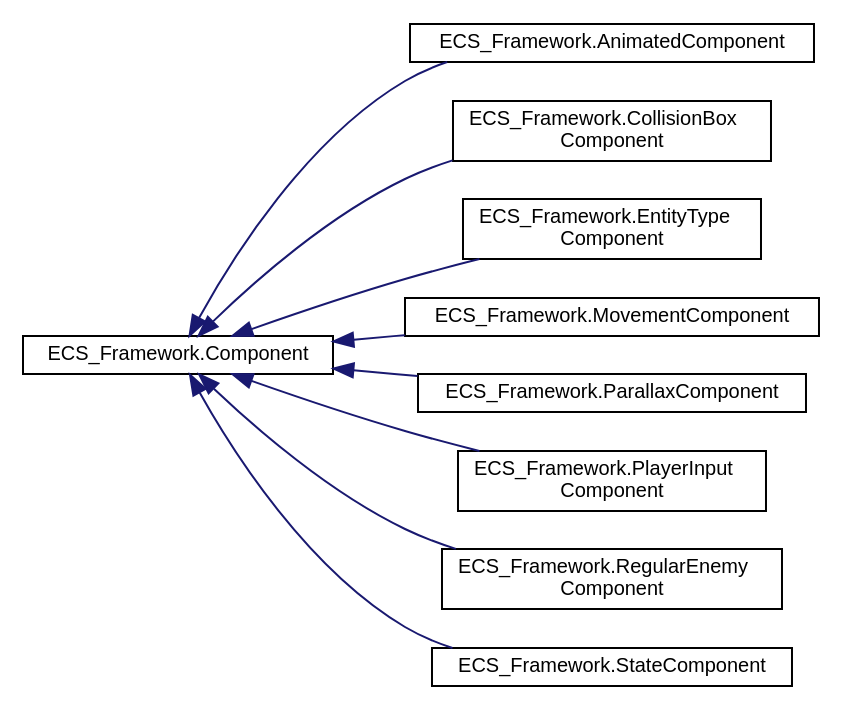
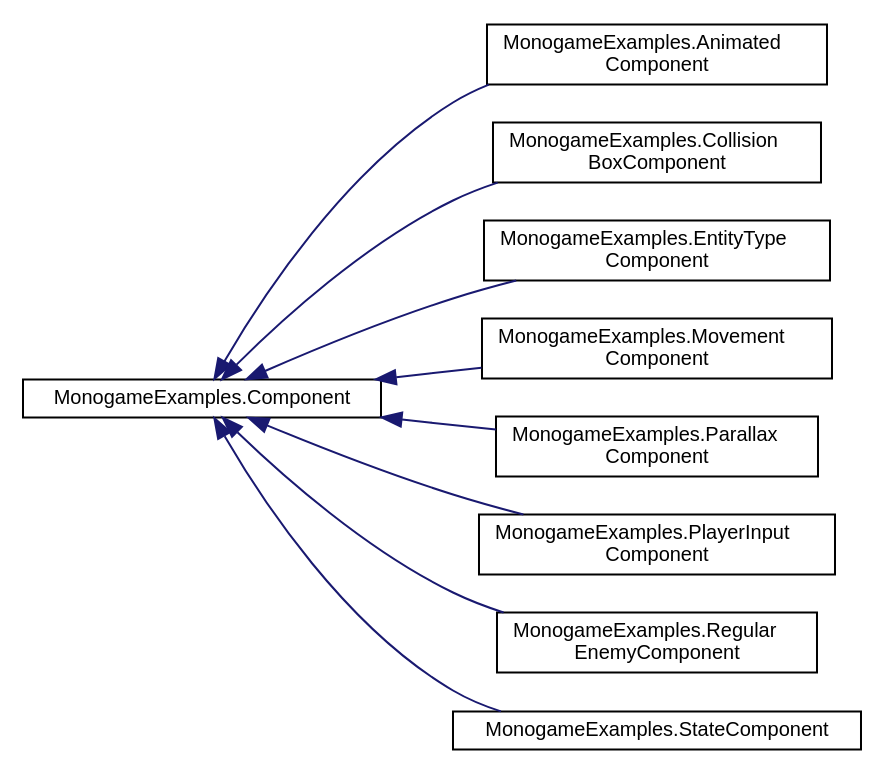
Before and after one commit to DreamyStranger/MonoGame-Platformer: the diagram in docs/inherit_graph_1.dot, drawn with Graphviz. The commit also changed 344 other files, not shown here.

```diff
--- a/docs/inherit_graph_1.dot
+++ b/docs/inherit_graph_1.dot
@@ -1,24 +1,24 @@
 digraph "Graphical Class Hierarchy"
 {
  // LATEX_PDF_SIZE
   edge [fontname="Helvetica",fontsize="10",labelfontname="Helvetica",labelfontsize="10"];
   node [fontname="Helvetica",fontsize="10",shape=record];
   rankdir="LR";
-  Node0 [label="ECS_Framework.Component",height=0.2,width=0.4,color="black", fillcolor="white", style="filled",URL="$classECS__Framework_1_1Component.html",tooltip="The base class for all components."];
+  Node0 [label="MonogameExamples.Component",height=0.2,width=0.4,color="black", fillcolor="white", style="filled",URL="$classMonogameExamples_1_1Component.html",tooltip="The base class for all components."];
   Node0 -> Node1 [dir="back",color="midnightblue",fontsize="10",style="solid",fontname="Helvetica"];
-  Node1 [label="ECS_Framework.AnimatedComponent",height=0.2,width=0.4,color="black", fillcolor="white", style="filled",URL="$classECS__Framework_1_1AnimatedComponent.html",tooltip="Component responsible for managing entity animations."];
+  Node1 [label="MonogameExamples.Animated\lComponent",height=0.2,width=0.4,color="black", fillcolor="white", style="filled",URL="$classMonogameExamples_1_1AnimatedComponent.html",tooltip="Component responsible for managing entity animations."];
   Node0 -> Node2 [dir="back",color="midnightblue",fontsize="10",style="solid",fontname="Helvetica"];
-  Node2 [label="ECS_Framework.CollisionBox\lComponent",height=0.2,width=0.4,color="black", fillcolor="white", style="filled",URL="$classECS__Framework_1_1CollisionBoxComponent.html",tooltip="Component that contains data and methods related to collision box of an entity in the game."];
+  Node2 [label="MonogameExamples.Collision\lBoxComponent",height=0.2,width=0.4,color="black", fillcolor="white", style="filled",URL="$classMonogameExamples_1_1CollisionBoxComponent.html",tooltip="Component that contains data and methods related to collision box of an entity in the game."];
   Node0 -> Node3 [dir="back",color="midnightblue",fontsize="10",style="solid",fontname="Helvetica"];
-  Node3 [label="ECS_Framework.EntityType\lComponent",height=0.2,width=0.4,color="black", fillcolor="white", style="filled",URL="$classECS__Framework_1_1EntityTypeComponent.html",tooltip="Component that holds an entity type identifier for classification and management purposes."];
+  Node3 [label="MonogameExamples.EntityType\lComponent",height=0.2,width=0.4,color="black", fillcolor="white", style="filled",URL="$classMonogameExamples_1_1EntityTypeComponent.html",tooltip="Component that holds an entity type identifier for classification and management purposes."];
   Node0 -> Node4 [dir="back",color="midnightblue",fontsize="10",style="solid",fontname="Helvetica"];
-  Node4 [label="ECS_Framework.MovementComponent",height=0.2,width=0.4,color="black", fillcolor="white", style="filled",URL="$classECS__Framework_1_1MovementComponent.html",tooltip="Component that contains data related to the motion of an entity in the game."];
+  Node4 [label="MonogameExamples.Movement\lComponent",height=0.2,width=0.4,color="black", fillcolor="white", style="filled",URL="$classMonogameExamples_1_1MovementComponent.html",tooltip="Component that contains data related to the motion of an entity in the game."];
   Node0 -> Node5 [dir="back",color="midnightblue",fontsize="10",style="solid",fontname="Helvetica"];
-  Node5 [label="ECS_Framework.ParallaxComponent",height=0.2,width=0.4,color="black", fillcolor="white", style="filled",URL="$classECS__Framework_1_1ParallaxComponent.html",tooltip="Component that contains data and methods neccessary for a parallax effect for a 2D sprite."];
+  Node5 [label="MonogameExamples.Parallax\lComponent",height=0.2,width=0.4,color="black", fillcolor="white", style="filled",URL="$classMonogameExamples_1_1ParallaxComponent.html",tooltip="Component that contains data and methods neccessary for a parallax effect for a 2D sprite."];
   Node0 -> Node6 [dir="back",color="midnightblue",fontsize="10",style="solid",fontname="Helvetica"];
-  Node6 [label="ECS_Framework.PlayerInput\lComponent",height=0.2,width=0.4,color="black", fillcolor="white", style="filled",URL="$classECS__Framework_1_1PlayerInputComponent.html",tooltip="Component representing the input state of the player entity."];
+  Node6 [label="MonogameExamples.PlayerInput\lComponent",height=0.2,width=0.4,color="black", fillcolor="white", style="filled",URL="$classMonogameExamples_1_1PlayerInputComponent.html",tooltip="Component representing the input state of the player entity."];
   Node0 -> Node7 [dir="back",color="midnightblue",fontsize="10",style="solid",fontname="Helvetica"];
-  Node7 [label="ECS_Framework.RegularEnemy\lComponent",height=0.2,width=0.4,color="black", fillcolor="white", style="filled",URL="$classECS__Framework_1_1RegularEnemyComponent.html",tooltip="Component representing the movement state of a simple walking enemy entity."];
+  Node7 [label="MonogameExamples.Regular\lEnemyComponent",height=0.2,width=0.4,color="black", fillcolor="white", style="filled",URL="$classMonogameExamples_1_1RegularEnemyComponent.html",tooltip="Component representing the movement state of a simple walking enemy entity."];
   Node0 -> Node8 [dir="back",color="midnightblue",fontsize="10",style="solid",fontname="Helvetica"];
-  Node8 [label="ECS_Framework.StateComponent",height=0.2,width=0.4,color="black", fillcolor="white", style="filled",URL="$classECS__Framework_1_1StateComponent.html",tooltip="Component that stores the current state and super state of an object, as well as its state ID,..."];
+  Node8 [label="MonogameExamples.StateComponent",height=0.2,width=0.4,color="black", fillcolor="white", style="filled",URL="$classMonogameExamples_1_1StateComponent.html",tooltip="Component that stores the current state and super state of an object, as well as its state ID,..."];
 }
```
